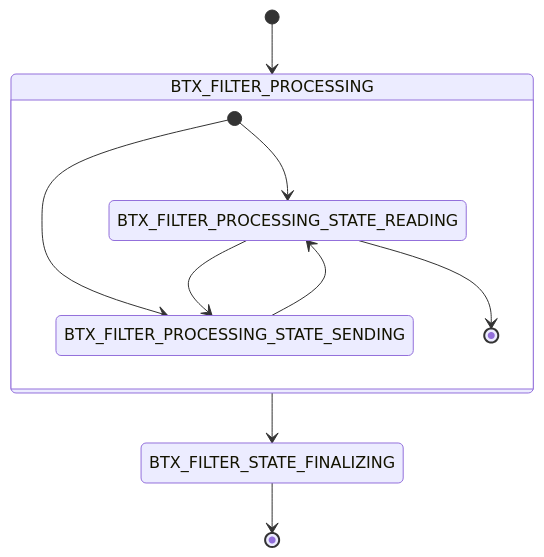
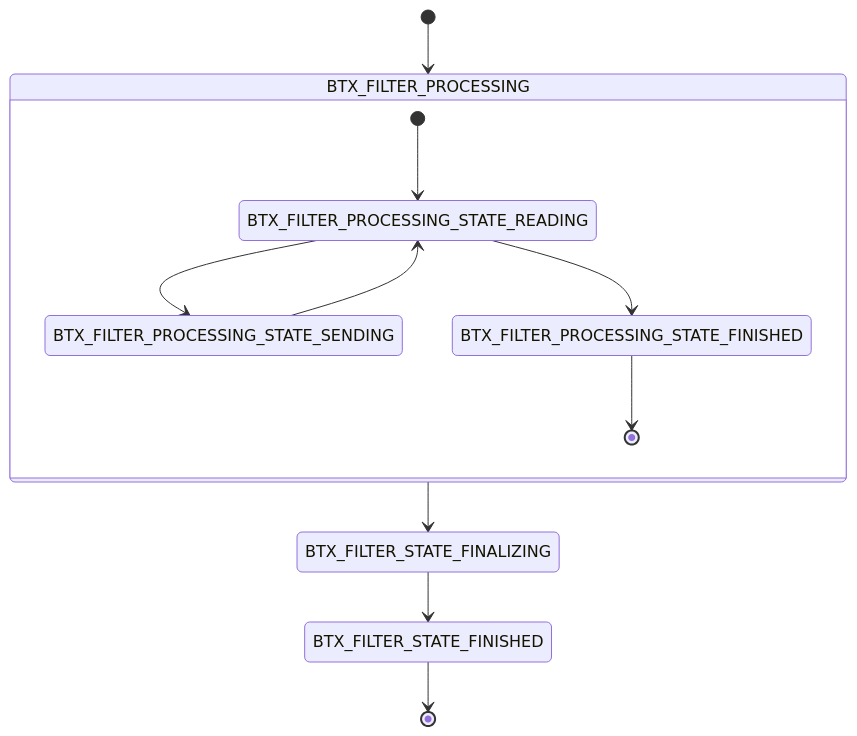
The third of 4 diagrams in README.md (TApplencourt/metababel), drawn with Mermaid before and after one commit.

````diff
--- a/README.md
+++ b/README.md
@@ -53,13 +53,14 @@
 ```mermaid
 stateDiagram-v2
     [*] --> BTX_FILTER_PROCESSING
     state BTX_FILTER_PROCESSING {
         [*] --> BTX_FILTER_PROCESSING_STATE_READING
-        [*] --> BTX_FILTER_PROCESSING_STATE_SENDING
 	BTX_FILTER_PROCESSING_STATE_SENDING --> BTX_FILTER_PROCESSING_STATE_READING
     	BTX_FILTER_PROCESSING_STATE_READING --> BTX_FILTER_PROCESSING_STATE_SENDING
-	BTX_FILTER_PROCESSING_STATE_READING --> [*]
+	BTX_FILTER_PROCESSING_STATE_READING --> BTX_FILTER_PROCESSING_STATE_FINISHED
+	BTX_FILTER_PROCESSING_STATE_FINISHED --> [*]
     }
     BTX_FILTER_PROCESSING --> BTX_FILTER_STATE_FINALIZING
-    BTX_FILTER_STATE_FINALIZING --> [*]
+    BTX_FILTER_STATE_FINALIZING --> BTX_FILTER_STATE_FINISHED
+    BTX_FILTER_STATE_FINISHED --> [*]
 ```
````
